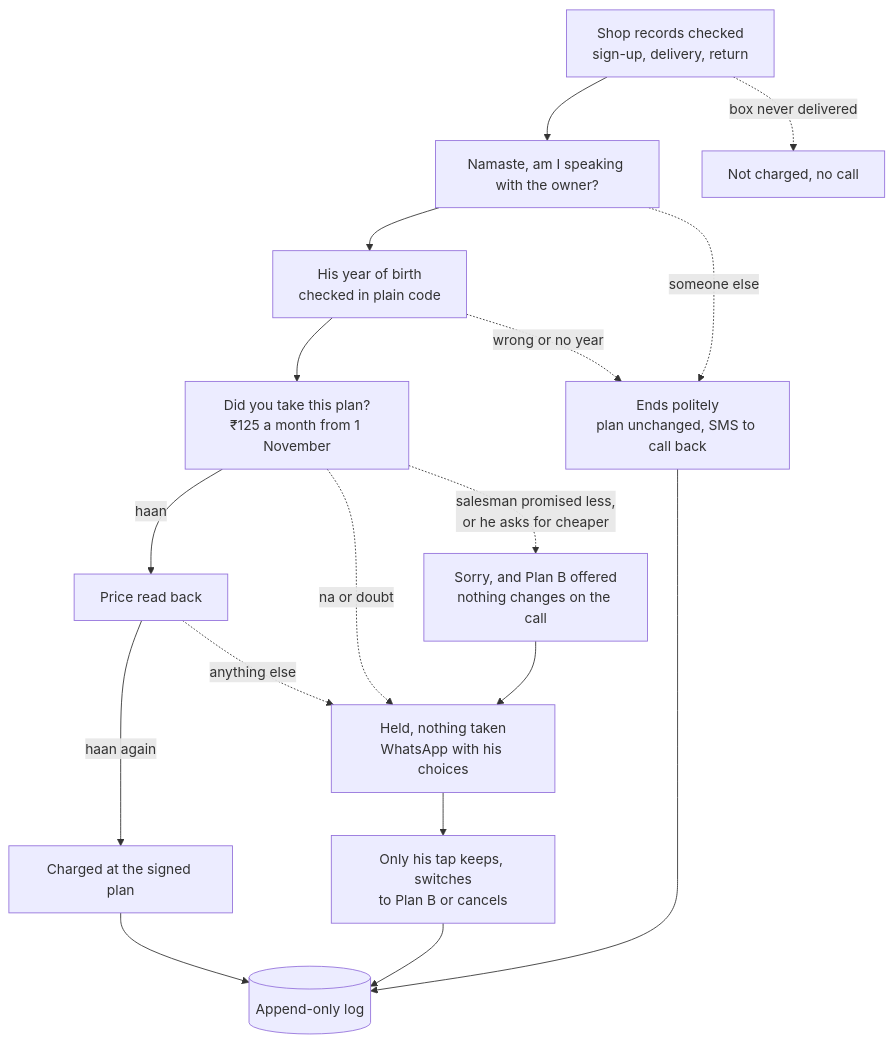
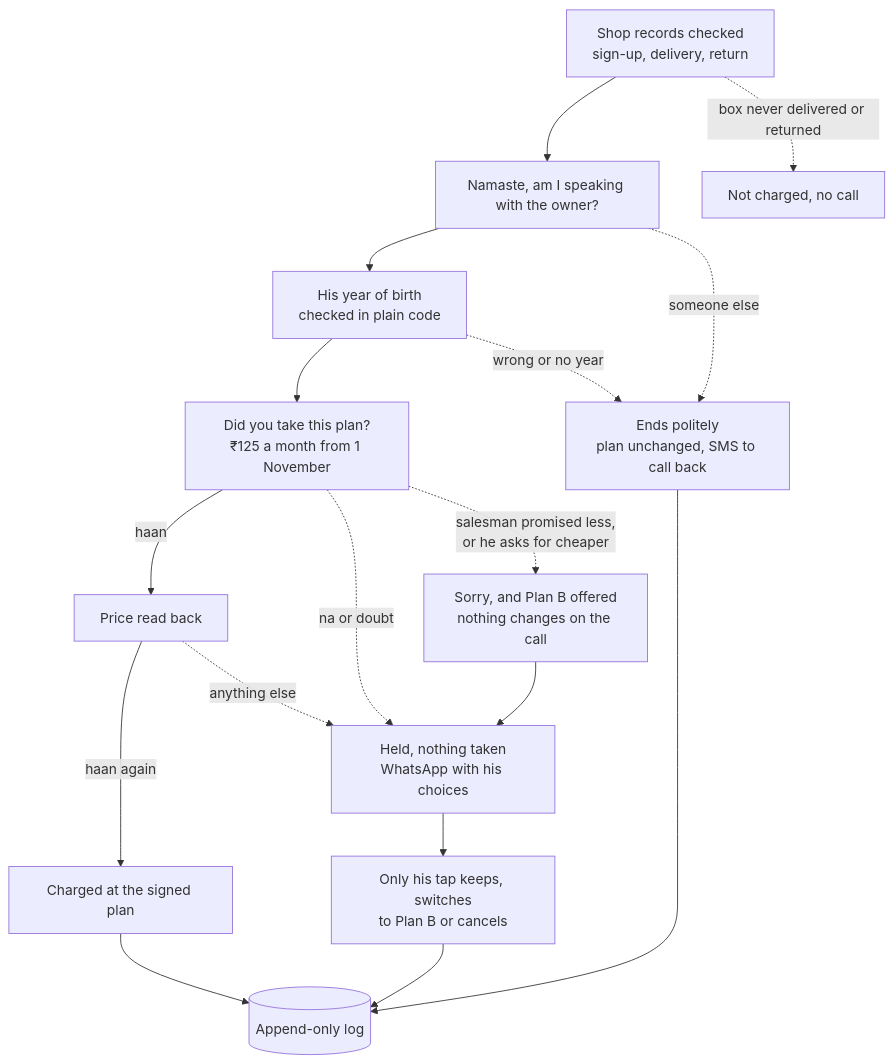
The diagram in README.md (vyagh/paytm-soundbox-settled), drawn with Mermaid before and after one commit. The commit also changed other lines of this file and 1 other file, not shown here.

````diff
--- a/README.md
+++ b/README.md
@@ -29,19 +29,19 @@
 ```mermaid
 flowchart TD
     A["Shop records checked<br/>sign-up, delivery, return"] --> B["Namaste, am I speaking with the owner?"]
-    A -. box never delivered .-> N["Not charged, no call"]
+    A -. box never delivered or returned .-> N["Not charged, no call"]
     B --> C["His year of birth<br/>checked in plain code"]
     C --> D["Did you take this plan?<br/>₹125 a month from 1 November"]
     D -- haan --> E["Price read back"]
     E -- haan again --> F["Charged at the signed plan"]
     D -. "na or doubt" .-> H["Held, nothing taken<br/>WhatsApp with his choices"]
     E -. anything else .-> H
     D -. "salesman promised less,<br/>or he asks for cheaper" .-> P["Sorry, and Plan B offered<br/>nothing changes on the call"]
     P --> H
     H --> T["Only his tap keeps, switches<br/>to Plan B or cancels"]
     B -. someone else .-> X["Ends politely<br/>plan unchanged, SMS to call back"]
     C -. wrong or no year .-> X
     F --> L[("Append-only log")]
     T --> L
     X --> L
 ```
````
